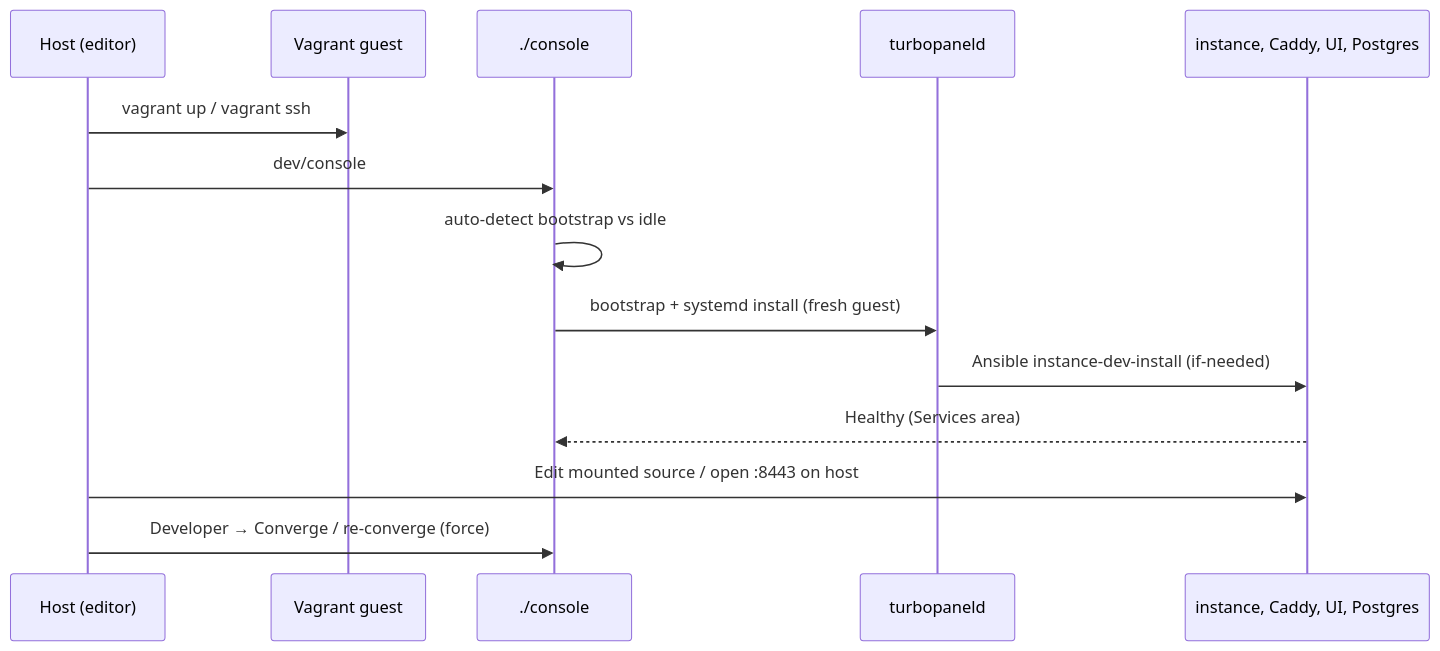
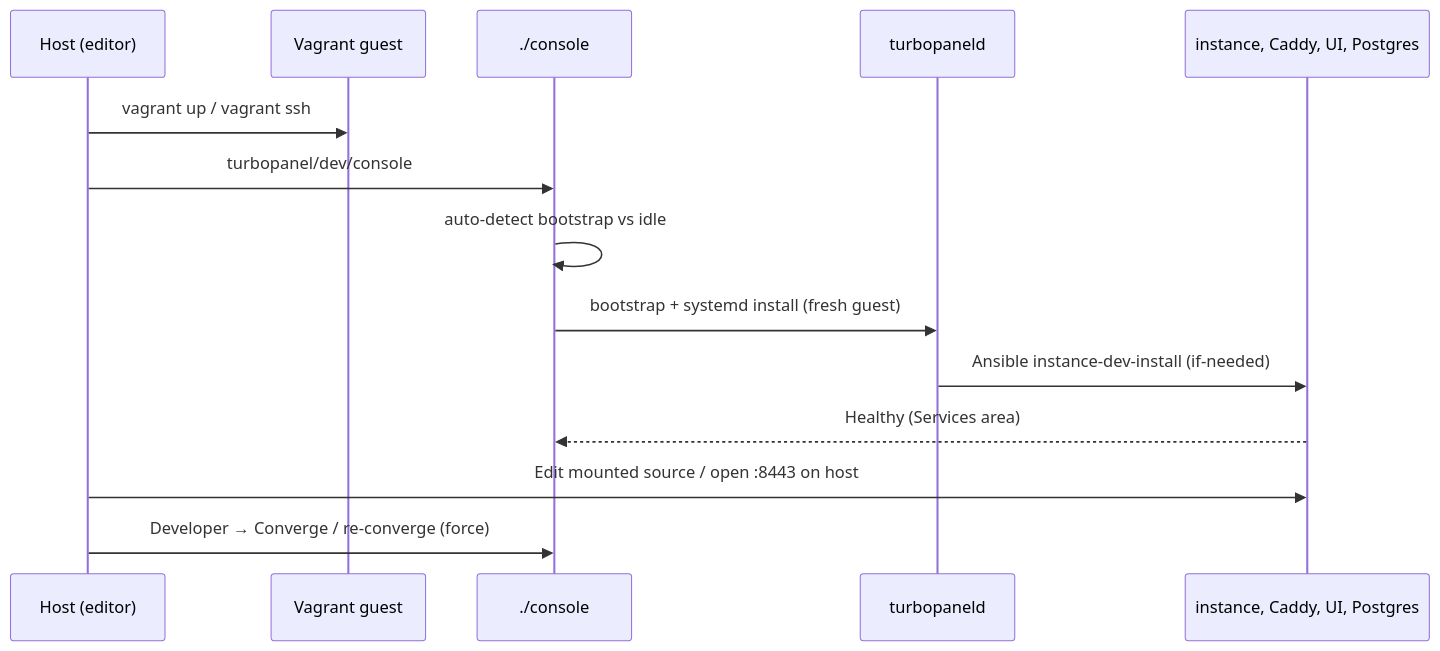
Before and after one commit to TurboPanel/website: the diagram in docs/getting-started/development.mdx, drawn with Mermaid. The commit also changed other lines of this file and 18 other files, not shown here.

````diff
--- a/docs/getting-started/development.mdx
+++ b/docs/getting-started/development.mdx
@@ -155,17 +155,17 @@
 ```mermaid
 sequenceDiagram
     participant Host as Host (editor)
     participant Vagrant as Vagrant guest
     participant Console as ./console
     participant Daemon as turbopaneld
     participant Services as instance, Caddy, UI, Postgres
 
     Host->>Vagrant: vagrant up / vagrant ssh
-    Host->>Console: dev/console
+    Host->>Console: turbopanel/dev/console
     Console->>Console: auto-detect bootstrap vs idle
     Console->>Daemon: bootstrap + systemd install (fresh guest)
     Daemon->>Services: Ansible instance-dev-install (if-needed)
     Services-->>Console: Healthy (Services area)
     Host->>Services: Edit mounted source / open :8443 on host
     Host->>Console: Developer → Converge / re-converge (force)
 ```
````
